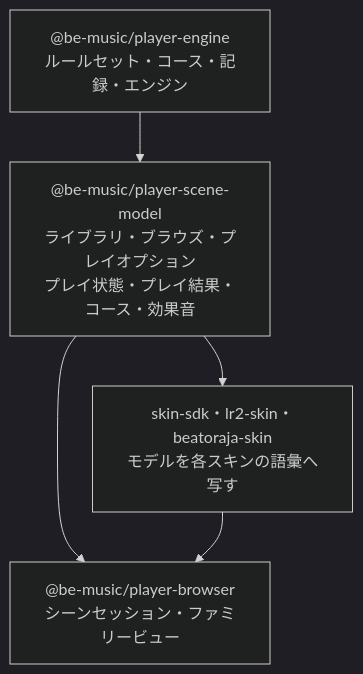
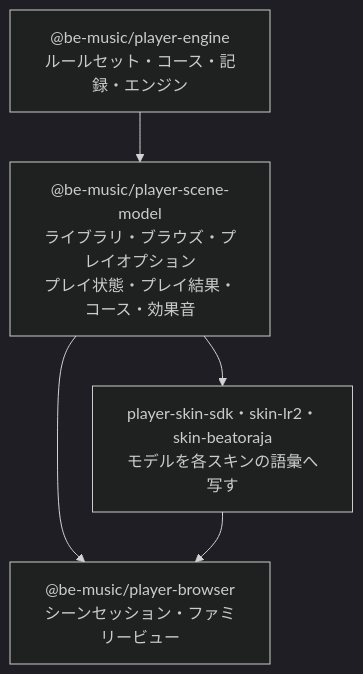
The first of 3 diagrams in docs/scene-model.ja.md (nulltask/be-music), drawn with Mermaid (dark theme) before and after one commit. The commit also changed other lines of this file and 31 other files, not shown here.

Commit message:
docs: align package labels and diagrams with renamed packages [ci skip]

````diff
--- a/docs/scene-model.ja.md
+++ b/docs/scene-model.ja.md
@@ -11,12 +11,12 @@
 ```mermaid
 flowchart TD
   player["@be-music/player-engine<br/>ルールセット・コース・記録・エンジン"]
   model["@be-music/player-scene-model<br/>ライブラリ・ブラウズ・プレイオプション<br/>プレイ状態・プレイ結果・コース・効果音"]
-  skins["skin-sdk・lr2-skin・beatoraja-skin<br/>モデルを各スキンの語彙へ写す"]
+  skins["player-skin-sdk・skin-lr2・skin-beatoraja<br/>モデルを各スキンの語彙へ写す"]
   sessions["@be-music/player-browser<br/>シーンセッション・ファミリービュー"]
 
   player --> model
   model --> skins
   model --> sessions
   skins --> sessions
 ```
````
